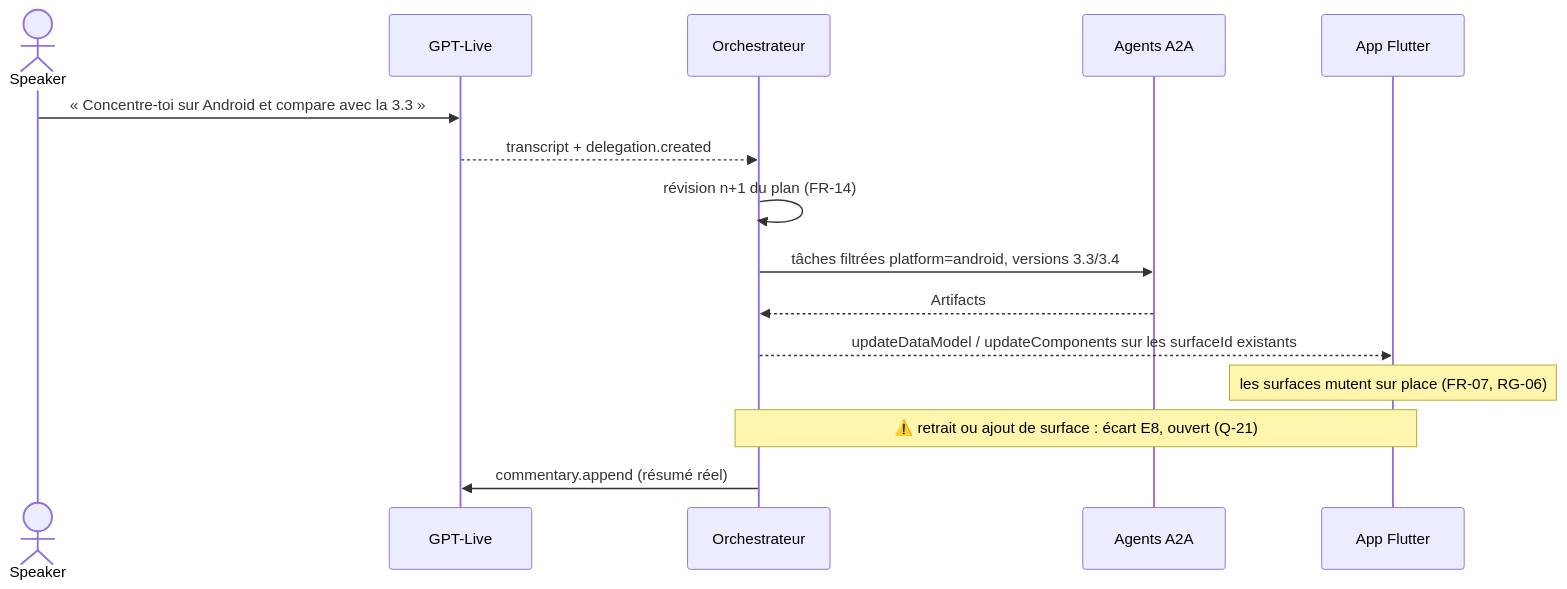
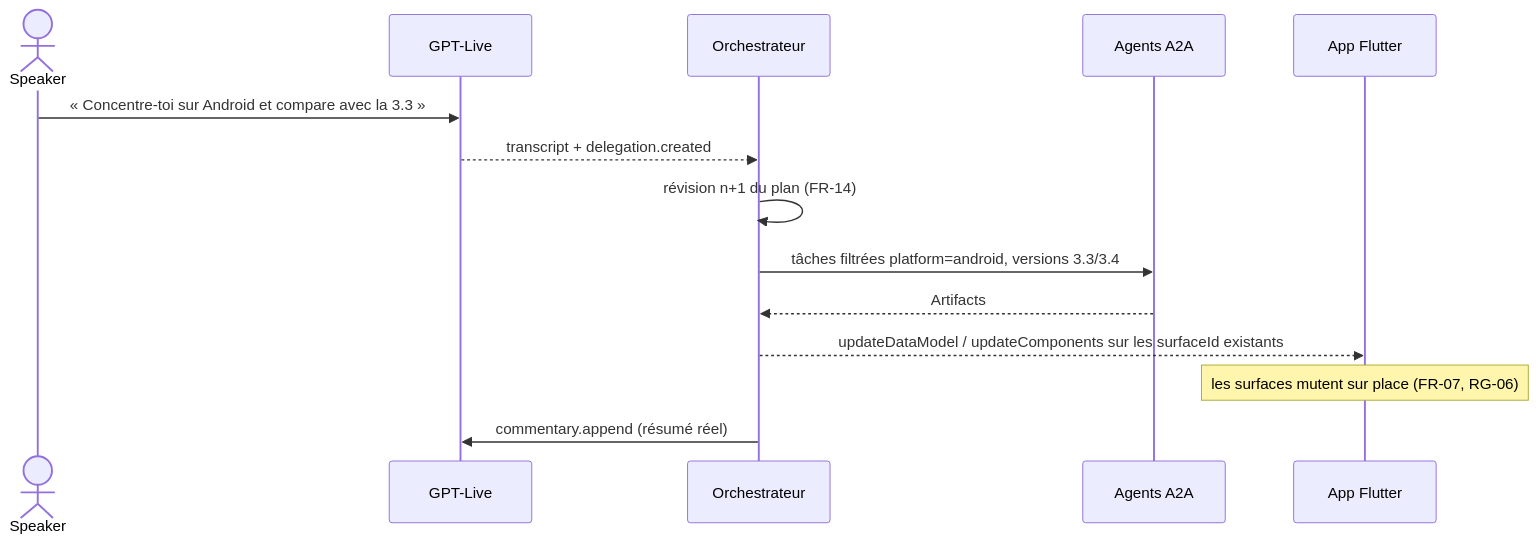
The second of 5 diagrams in product/architecture/agents-protocols.md (b-fontaine/ai_voice_ui), drawn with Mermaid before and after one commit. The commit also changed other lines of this file and 18 other files, not shown here.

````diff
--- a/product/architecture/agents-protocols.md
+++ b/product/architecture/agents-protocols.md
@@ -61,17 +60,16 @@
 ```mermaid
 sequenceDiagram
   actor S as Speaker
   participant L as GPT-Live
   participant O as Orchestrateur
   participant Ag as Agents A2A
   participant App as App Flutter
   S->>L: « Concentre-toi sur Android et compare avec la 3.3 »
   L-->>O: transcript + delegation.created
   O->>O: révision n+1 du plan (FR-14)
   O->>Ag: tâches filtrées platform=android, versions 3.3/3.4
   Ag-->>O: Artifacts
   O-->>App: updateDataModel / updateComponents sur les surfaceId existants
   Note over App: les surfaces mutent sur place (FR-07, RG-06)
-  Note over O,App: ⚠️ retrait ou ajout de surface : écart E8, ouvert (Q-21)
   O->>L: commentary.append (résumé réel)
 ```
````
